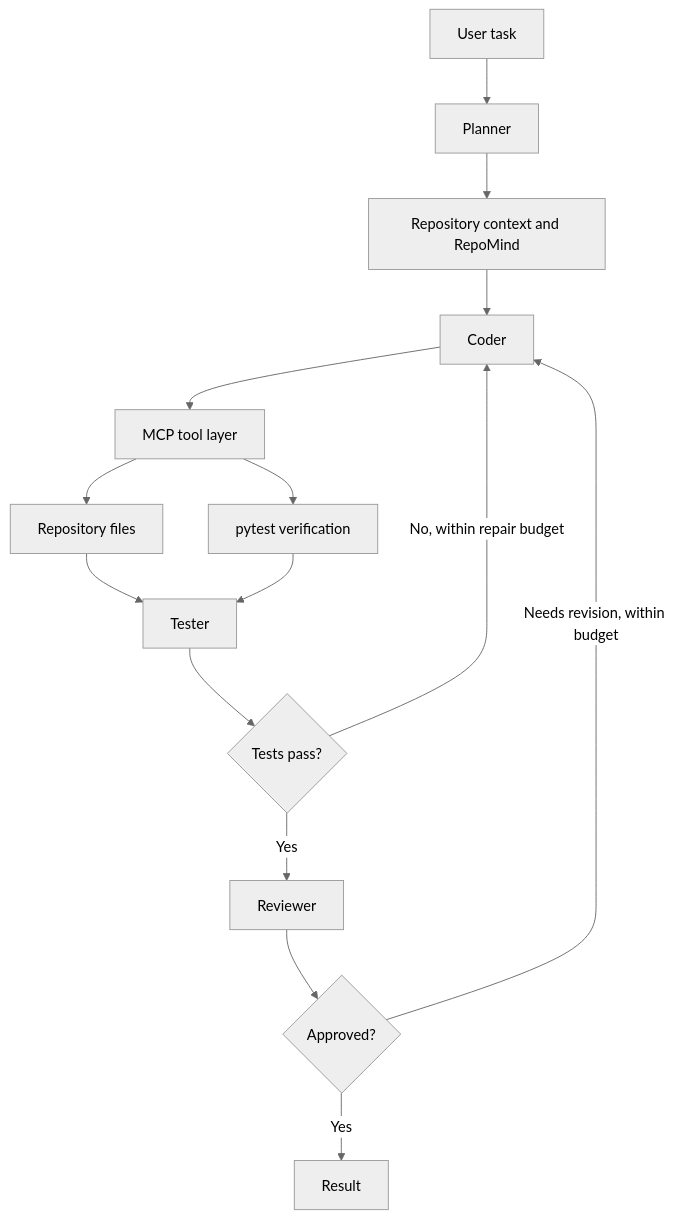
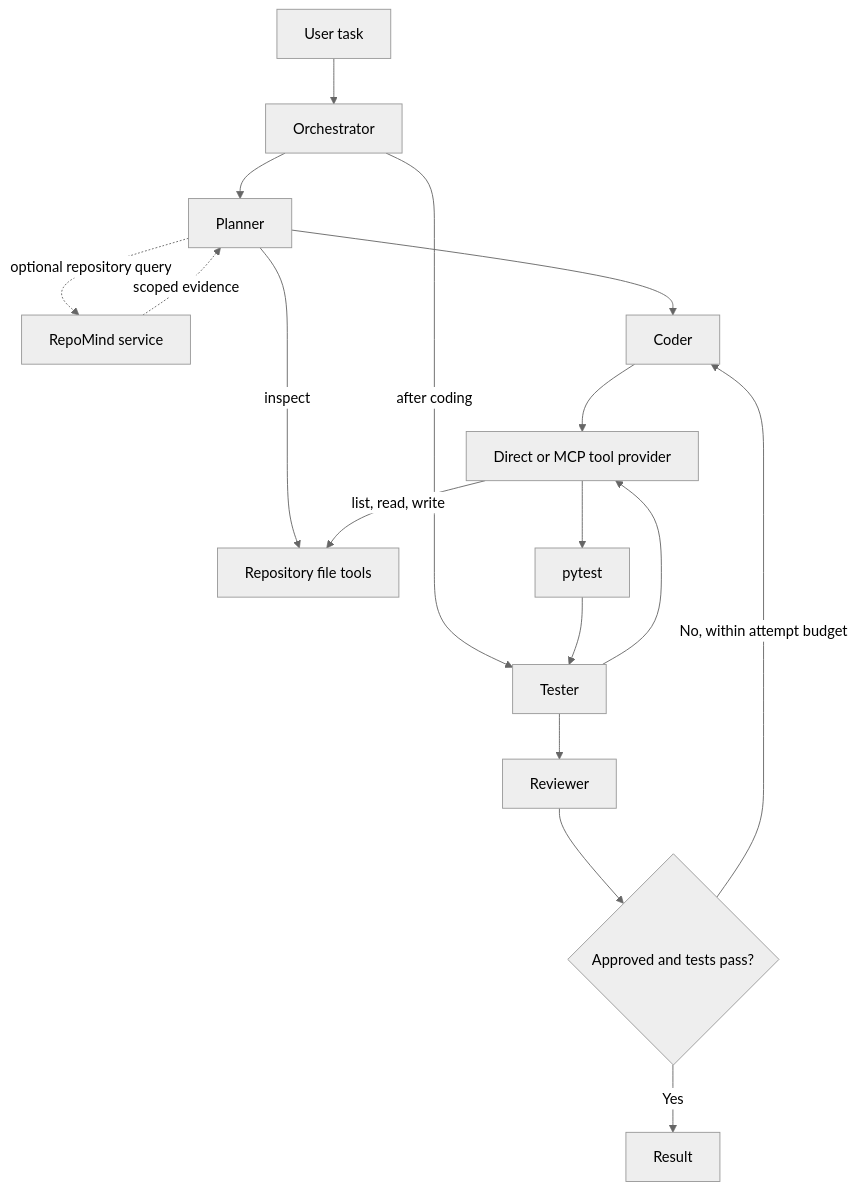
One commit to kbhva/autonomous-ai-software-engineer changed the diagram in README.md. Above: the diagram before and after it, drawn with Mermaid (neutral theme). The commit also changed other lines of this file, not shown here.

````diff
--- a/README.md
+++ b/README.md
@@ -33,17 +49,19 @@
 ```mermaid
 flowchart TD
-    U[User task] --> P[Planner]
-    P --> R[Repository context and RepoMind]
-    R --> C[Coder]
-    C --> T[MCP tool layer]
-    T --> F[Repository files]
-    T --> S[pytest verification]
-    F --> Q[Tester]
-    S --> Q
-    Q --> D{Tests pass?}
-    D -- No, within repair budget --> C
-    D -- Yes --> V[Reviewer]
-    V --> A{Approved?}
-    A -- Needs revision, within budget --> C
-    A -- Yes --> X[Result]
+    U[User task] --> O[Orchestrator]
+    O --> P[Planner]
+    P -->|inspect| F[Repository file tools]
+    P -. optional repository query .-> R[RepoMind service]
+    R -. scoped evidence .-> P
+    P --> C[Coder]
+    C --> T[Direct or MCP tool provider]
+    T -->|list, read, write| F
+    O -->|after coding| Q[Tester]
+    Q --> T
+    T --> X[pytest]
+    X --> Q
+    Q --> V[Reviewer]
+    V --> D{Approved and tests pass?}
+    D -->|No, within attempt budget| C
+    D -->|Yes| Z[Result]
 ```
````
